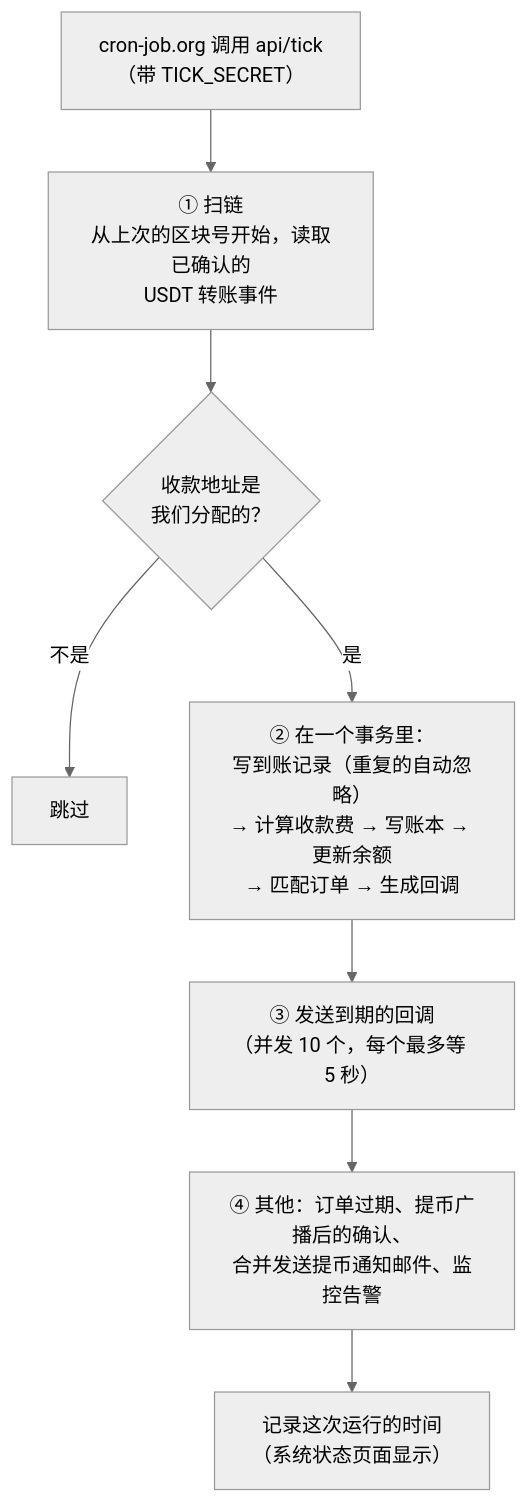
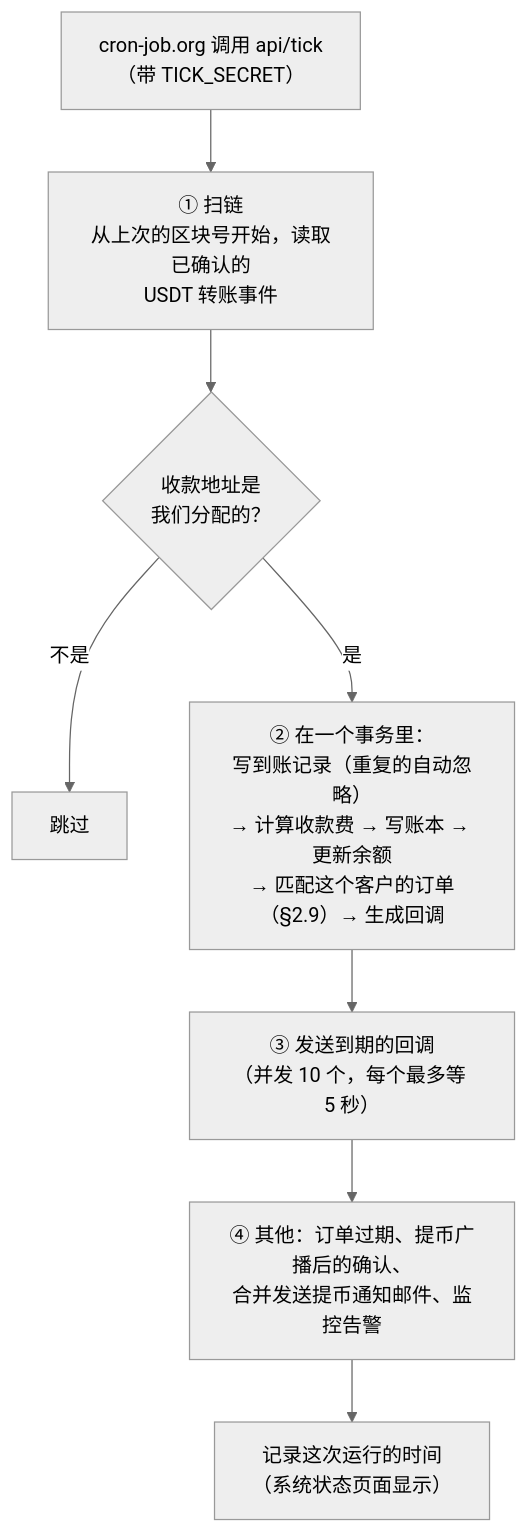
One commit to dollar3651314/amos111 changed diagram 14 of 17 in 00-架构方案.md. Above: the diagram before and after it, drawn with Mermaid (neutral theme). The commit also changed other lines of this file and 2 other files, not shown here.

````diff
--- a/00-架构方案.md
+++ b/00-架构方案.md
@@ -712,10 +723,10 @@
 ```mermaid
 flowchart TB
     C["cron-job.org 调用 api/tick<br/>（带 TICK_SECRET）"] --> S1["① 扫链<br/>从上次的区块号开始，读取已确认的<br/>USDT 转账事件"]
     S1 --> S2{"收款地址是<br/>我们分配的？"}
     S2 -->|"不是"| SKIP["跳过"]
-    S2 -->|"是"| S3["② 在一个事务里：<br/>写到账记录（重复的自动忽略）<br/>→ 计算收款费 → 写账本 → 更新余额<br/>→ 匹配订单 → 生成回调"]
+    S2 -->|"是"| S3["② 在一个事务里：<br/>写到账记录（重复的自动忽略）<br/>→ 计算收款费 → 写账本 → 更新余额<br/>→ 匹配这个客户的订单（§2.9）→ 生成回调"]
     S3 --> S4["③ 发送到期的回调<br/>（并发 10 个，每个最多等 5 秒）"]
     S4 --> S5["④ 其他：订单过期、提币广播后的确认、<br/>合并发送提币通知邮件、监控告警"]
     S5 --> S6["记录这次运行的时间<br/>（系统状态页面显示）"]
 ```
````
